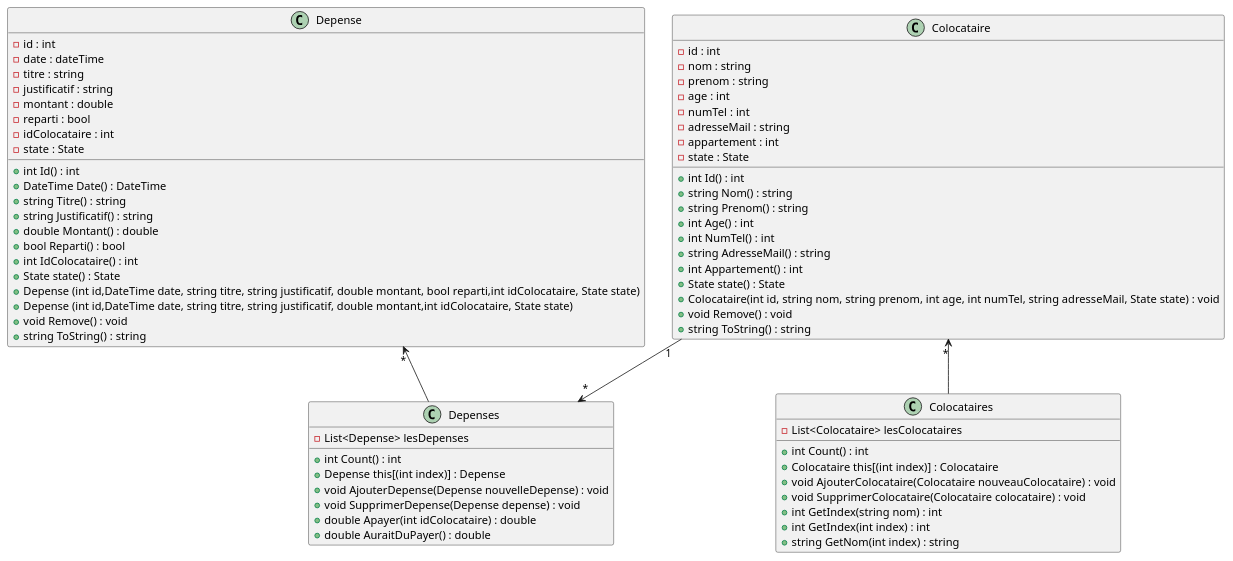
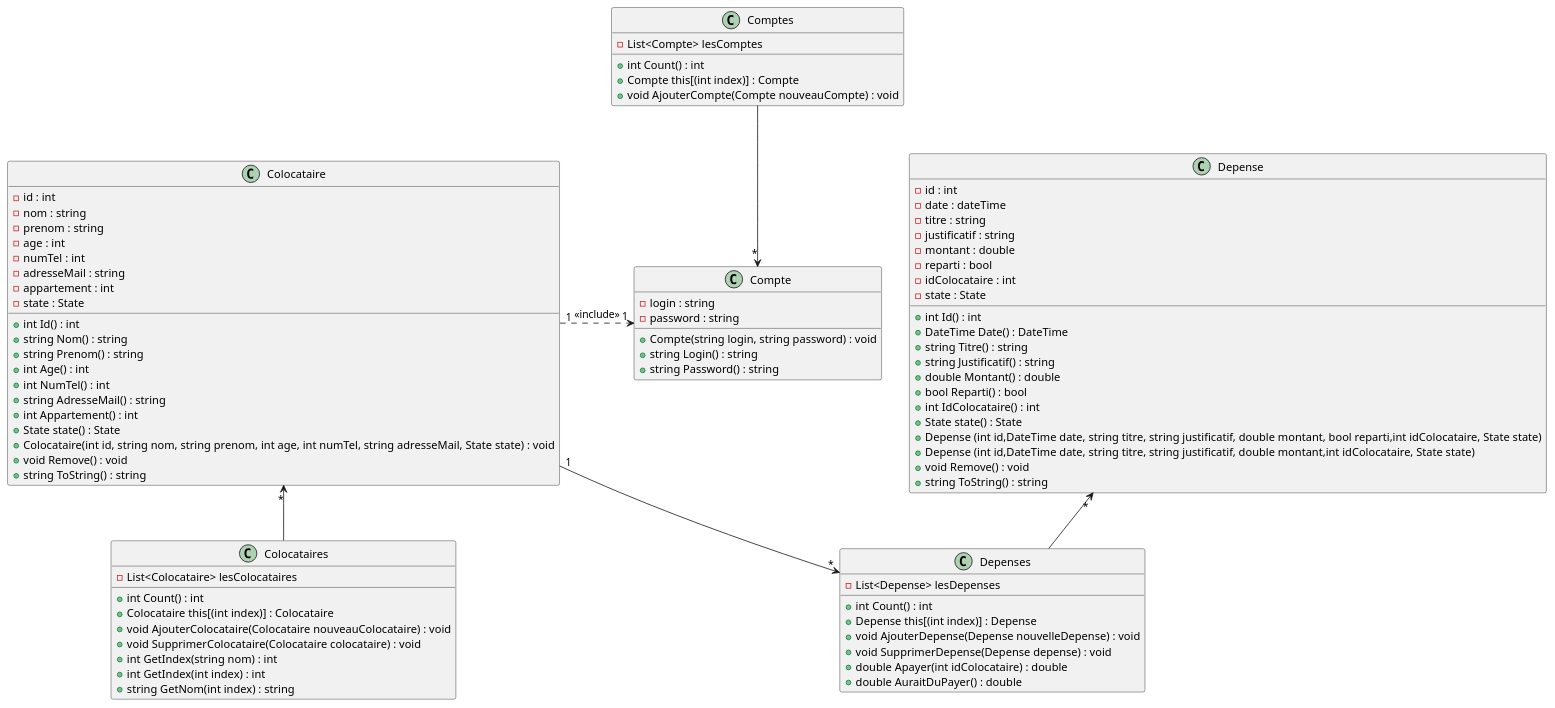
One commit to MihutaMihail/application_crous changed the seventh of 7 diagrams in README.md. Above: the diagram before and after it, drawn with PlantUML. The commit also changed other lines of this file and 4 other files, not shown here.

Commit message:
modification diagramme de classe, description des méthodes,etc

````diff
--- a/README.md
+++ b/README.md
@@ -326,9 +366,26 @@
     + string GetNom(int index) : string
 }
 
+class Compte {
+    - login : string
+    - password : string
+    + Compte(string login, string password) : void
+    + string Login() : string
+    + string Password() : string
+}
+
+class Comptes {
+    - List<Compte> lesComptes
+    + int Count() : int
+    + Compte this[(int index)] : Compte
+    + void AjouterCompte(Compte nouveauCompte) : void
+}
+
 Colocataire "1" --> "*" Depenses
 Colocataire "*" <-- Colocataires
 Depense "*" <-- Depenses
+Colocataire "1" .> "1" Compte : <<include>>
+Comptes --> "*" Compte
 
 @enduml
 ```
````
